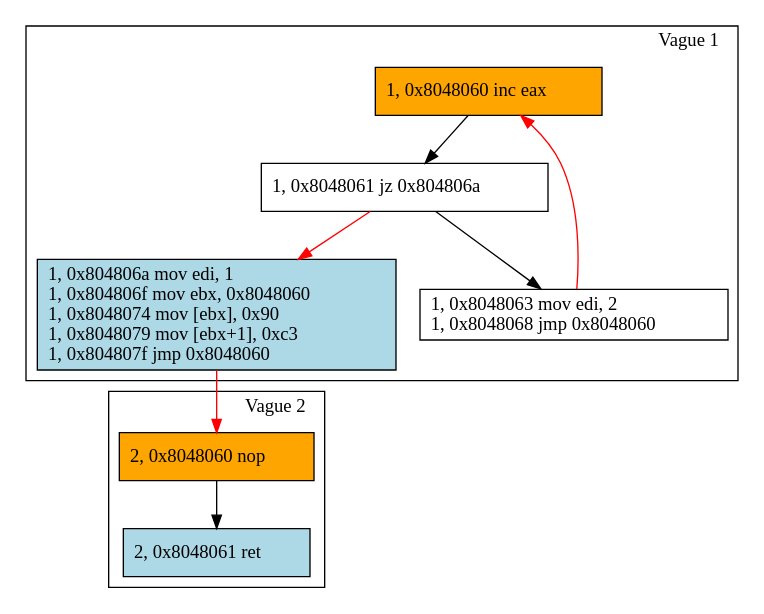
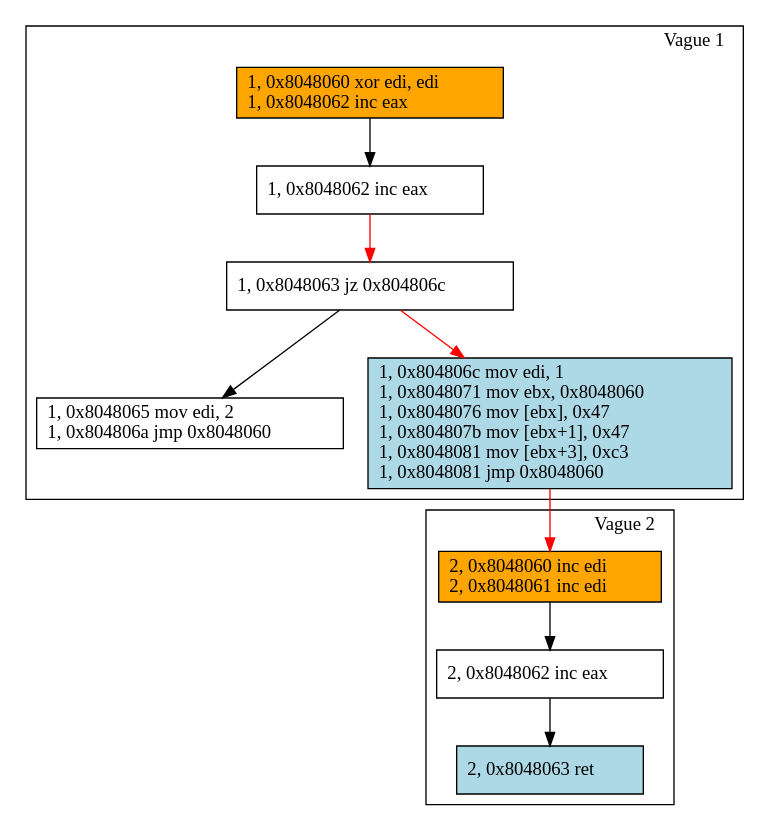
The diagram in supports/disas_sm/ex2_vagues.dot (yaps8/these), drawn with Graphviz before and after one commit. The commit also changed 5 other files, not shown here.

```diff
--- a/supports/disas_sm/ex2_vagues.dot
+++ b/supports/disas_sm/ex2_vagues.dot
@@ -1,27 +1,32 @@
 digraph G {
 labeljust=r
-"60v1" [labeljust=r,label="1, 0x8048060 inc eax\l", shape=box, style="filled", fillcolor=orange]
-"60v2" [labeljust=r,label="2, 0x8048060 nop\l", shape=box, style="filled", fillcolor=orange]
-"61a" [labeljust=r,label="1, 0x8048061 jz 0x804806a\l", shape=box, style="filled", fillcolor=white]
-"61b" [labeljust=r,label="2, 0x8048061 ret\l", shape=box, style="filled", fillcolor=lightblue]
-"63" [labeljust=r,label="1, 0x8048063 mov edi, 2\l1, 0x8048068 jmp 0x8048060\l", shape=box, style="filled", fillcolor=white]
-"6a" [labeljust=r,label="1, 0x804806a mov edi, 1 \l1, 0x804806f mov ebx, 0x8048060 \l1, 0x8048074 mov [ebx], 0x90 \l1, 0x8048079 mov [ebx+1], 0xc3 \l1, 0x804807f jmp 0x8048060\l", shape=box, style="filled", fillcolor=lightblue]
-"60v1" -> "61a" [color=black]
-"61a" -> "6a" [color=red]
-"61a" -> "63" [color=black]
-"63" -> "60v1" [color=red]
-"6a" -> "60v2" [color=red]
-"60v2" -> "61b" [color=black]
+"60v1" [labeljust=r,label="1, 0x8048060 xor edi, edi\l1, 0x8048062 inc eax\l", shape=box, style="filled", fillcolor=orange]
+"60v2" [labeljust=r,label="2, 0x8048060 inc edi\l2, 0x8048061 inc edi\l", shape=box, style="filled", fillcolor=orange]
+"62v1" [labeljust=r,label="1, 0x8048062 inc eax\l", shape=box, style="filled", fillcolor=white]
+"62v2" [labeljust=r,label="2, 0x8048062 inc eax\l", shape=box, style="filled", fillcolor=white]
+"63v1" [labeljust=r,label="1, 0x8048063 jz 0x804806c\l", shape=box, style="filled", fillcolor=white]
+"63v2" [labeljust=r,label="2, 0x8048063 ret\l", shape=box, style="filled", fillcolor=lightblue]
+"65" [labeljust=r,label="1, 0x8048065 mov edi, 2\l1, 0x804806a jmp 0x8048060\l", shape=box, style="filled", fillcolor=white]
+"6c" [labeljust=r,label="1, 0x804806c mov edi, 1 \l1, 0x8048071 mov ebx, 0x8048060 \l1, 0x8048076 mov [ebx], 0x47 \l1, 0x804807b mov [ebx+1], 0x47 \l1, 0x8048081 mov [ebx+3], 0xc3 \l1, 0x8048081 jmp 0x8048060\l", shape=box, style="filled", fillcolor=lightblue]
+"60v1" -> "62v1" [color=black]
+"62v1" -> "63v1" [color=red]
+"63v1" -> "65" [color=black]
+"63v1" -> "6c" [color=red]
+"6c" -> "60v2" [color=red]
+"60v2" -> "62v2" [color=black]
+"62v2" -> "63v2" [color=black]
 subgraph clusterv1{
 label="Vague 1"
 "60v1"
-"61a"
-"63" 
-"6a" 
+"62v1"
+"63v1" 
+"65"
+"6c" 
 }
 subgraph clusterv2{
 label="Vague 2"
 "60v2"
-"61b"
+"62v2"
+"63v2"
 }
 }
```
